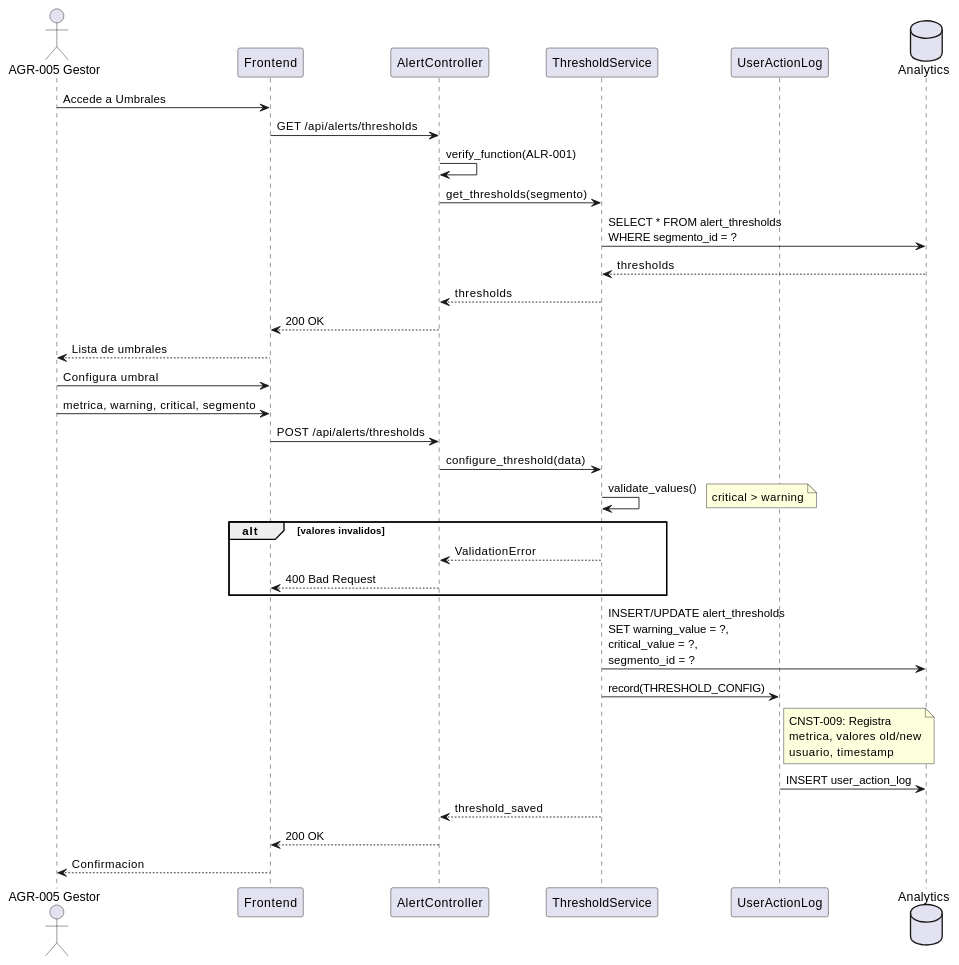
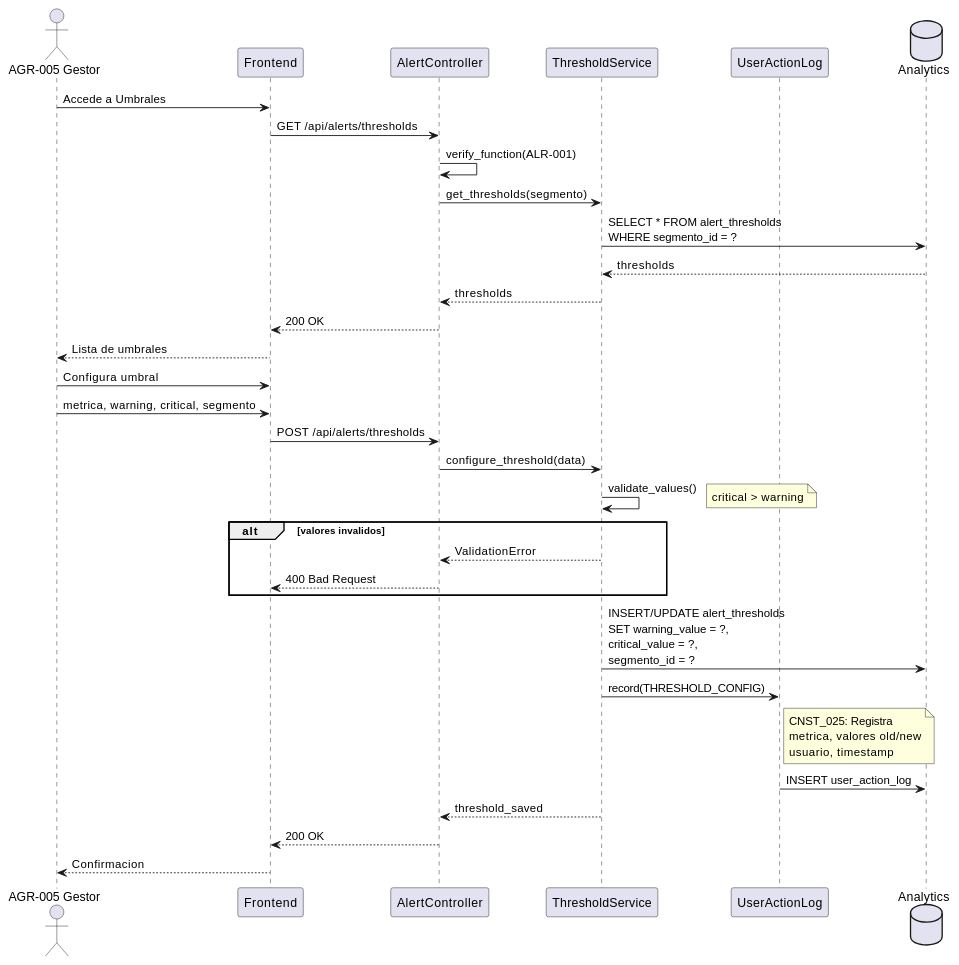
Before and after one commit to jcg-admin/IACT-docs: the second of 3 diagrams in source/requisitos/casos_uso/alerts/UC_ALR_01_Configurar_Umbrales.rst, drawn with PlantUML. The commit also changed other lines of this file and 67 other files, not shown here.

```diff
--- a/source/requisitos/casos_uso/alerts/UC_ALR_01_Configurar_Umbrales.rst
+++ b/source/requisitos/casos_uso/alerts/UC_ALR_01_Configurar_Umbrales.rst
@@ -182,48 +182,48 @@
 .. uml::
    :caption: Diagrama de Secuencia - UC_ALR_01
 
    @startuml
    actor "AGR-005 Gestor" as G
    participant "Frontend" as FE
    participant "AlertController" as AC
    participant "ThresholdService" as TS
    participant "UserActionLog" as UAL
    database "Analytics" as DB
 
    G -> FE: Accede a Umbrales
    FE -> AC: GET /api/alerts/thresholds
    AC -> AC: verify_function(ALR-001)
    AC -> TS: get_thresholds(segmento)
    TS -> DB: SELECT * FROM alert_thresholds\nWHERE segmento_id = ?
    DB --> TS: thresholds
    TS --> AC: thresholds
    AC --> FE: 200 OK
    FE --> G: Lista de umbrales
 
    G -> FE: Configura umbral
    G -> FE: metrica, warning, critical, segmento
    FE -> AC: POST /api/alerts/thresholds
    AC -> TS: configure_threshold(data)
 
    TS -> TS: validate_values()
    note right: critical > warning
 
    alt valores invalidos
      TS --> AC: ValidationError
      AC --> FE: 400 Bad Request
    end
 
    TS -> DB: INSERT/UPDATE alert_thresholds\nSET warning_value = ?,\ncritical_value = ?,\nsegmento_id = ?
 
    TS -> UAL: record(THRESHOLD_CONFIG)
    note right of UAL
-     CNST-009: Registra
+     CNST_025: Registra
      metrica, valores old/new
      usuario, timestamp
    end note
    UAL -> DB: INSERT user_action_log
 
    TS --> AC: threshold_saved
    AC --> FE: 200 OK
    FE --> G: Confirmacion
    @enduml
```
